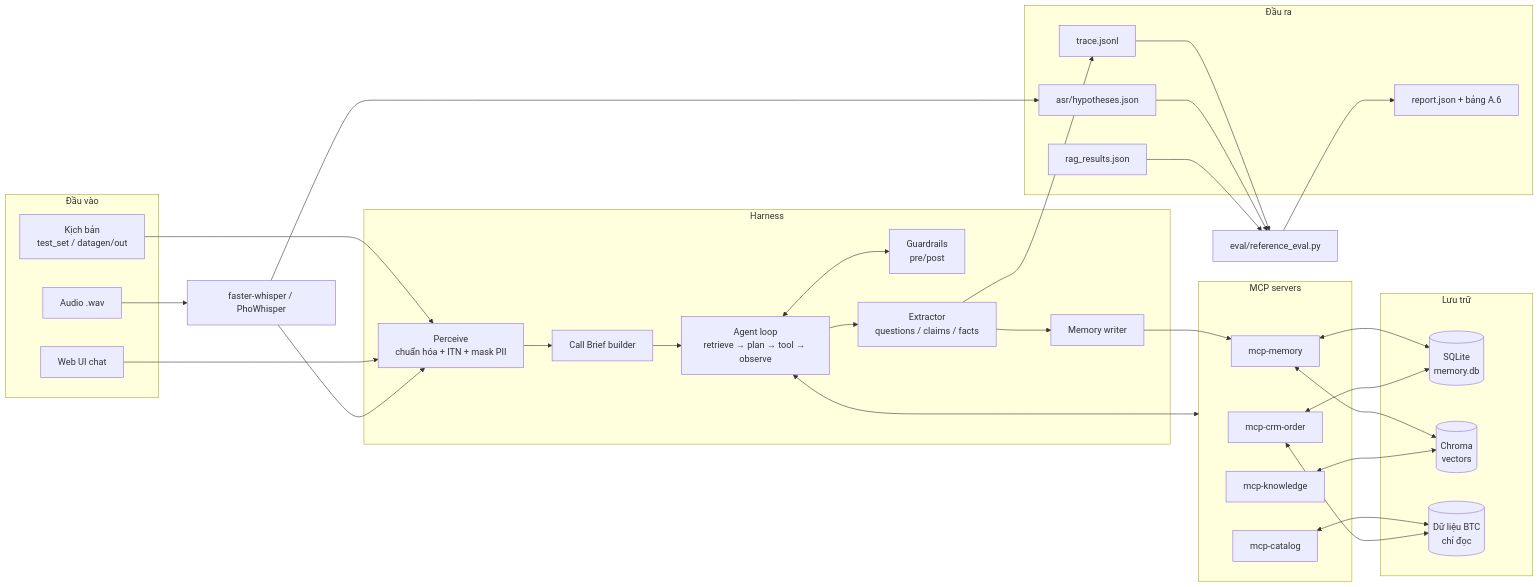
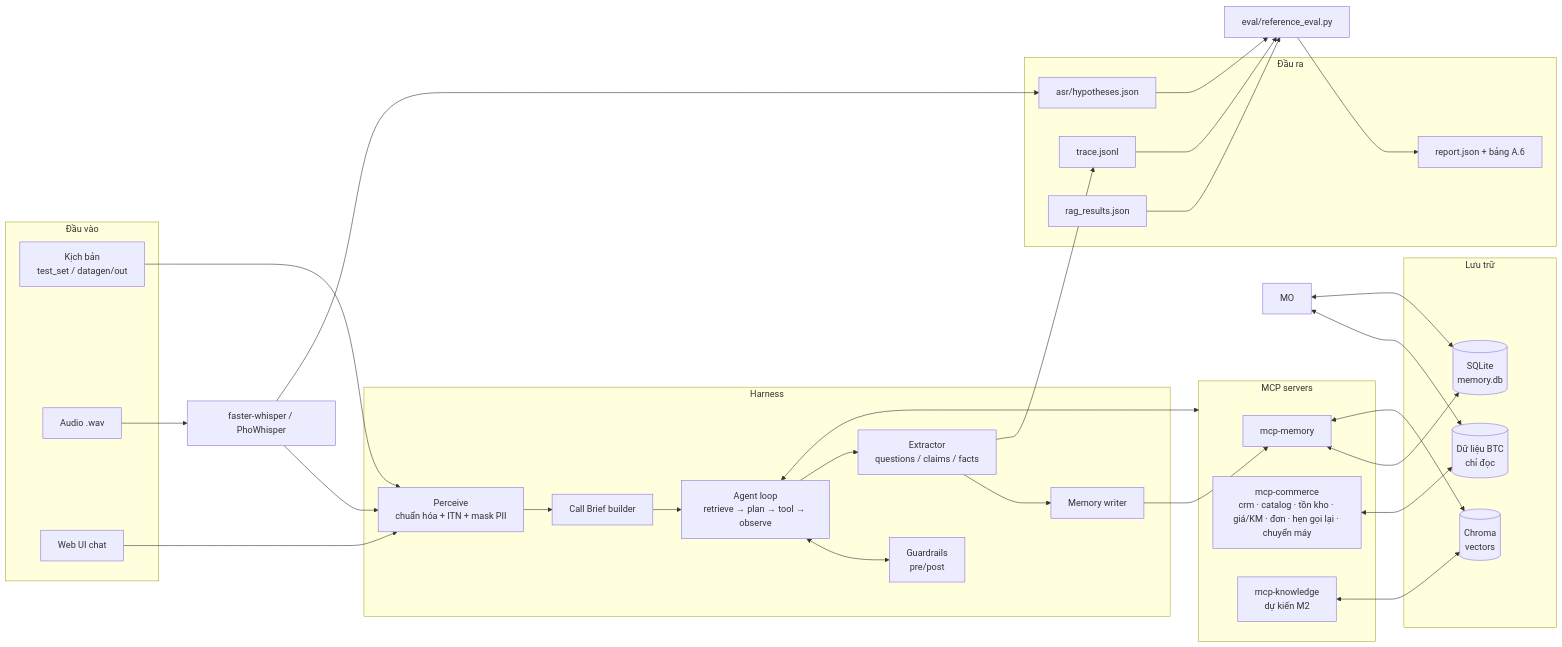
The first of 2 diagrams in docs/ARCHITECTURE.md (buidong941-ship-it/SUDOCODE_task), drawn with Mermaid before and after one commit. The commit also changed other lines of this file and 4 other files, not shown here.

````diff
--- a/docs/ARCHITECTURE.md
+++ b/docs/ARCHITECTURE.md
@@ -10,50 +10,49 @@
 ```mermaid
 flowchart LR
   subgraph IN[Đầu vào]
     SC[Kịch bản<br/>test_set / datagen/out]
     AU[Audio .wav]
     UI[Web UI chat]
   end
   subgraph CORE[Harness]
     NORM[Perceive<br/>chuẩn hóa + ITN + mask PII]
     BRIEF[Call Brief builder]
     LOOP[Agent loop<br/>retrieve → plan → tool → observe]
     GR[Guardrails<br/>pre/post]
     EXT[Extractor<br/>questions / claims / facts]
     MW[Memory writer]
   end
   subgraph MCP[MCP servers]
     MM[mcp-memory]
-    MC[mcp-catalog]
-    MO[mcp-crm-order]
-    MK[mcp-knowledge]
+    MC[mcp-commerce<br/>crm · catalog · tồn kho · giá/KM · đơn · hẹn gọi lại · chuyển máy]
+    MK[mcp-knowledge<br/>dự kiến M2]
   end
   subgraph STORE[Lưu trữ]
     DB[(SQLite<br/>memory.db)]
     VEC[(Chroma<br/>vectors)]
     BTC[(Dữ liệu BTC<br/>chỉ đọc)]
   end
   subgraph OUT[Đầu ra]
     TR[trace.jsonl]
     HY[asr/hypotheses.json]
     RR[rag_results.json]
     RP[report.json + bảng A.6]
   end
   SC --> NORM
   UI --> NORM
   AU --> ASR[faster-whisper / PhoWhisper] --> NORM
   ASR --> HY
   NORM --> BRIEF --> LOOP
   LOOP <--> GR
   LOOP <--> MCP
   LOOP --> EXT --> MW --> MM
   MM <--> DB
   MM <--> VEC
   MK <--> VEC
   MC <--> BTC
   MO <--> BTC
   MO <--> DB
   EXT --> TR --> EV[eval/reference_eval.py] --> RP
   HY --> EV
   RR --> EV
 ```
````
